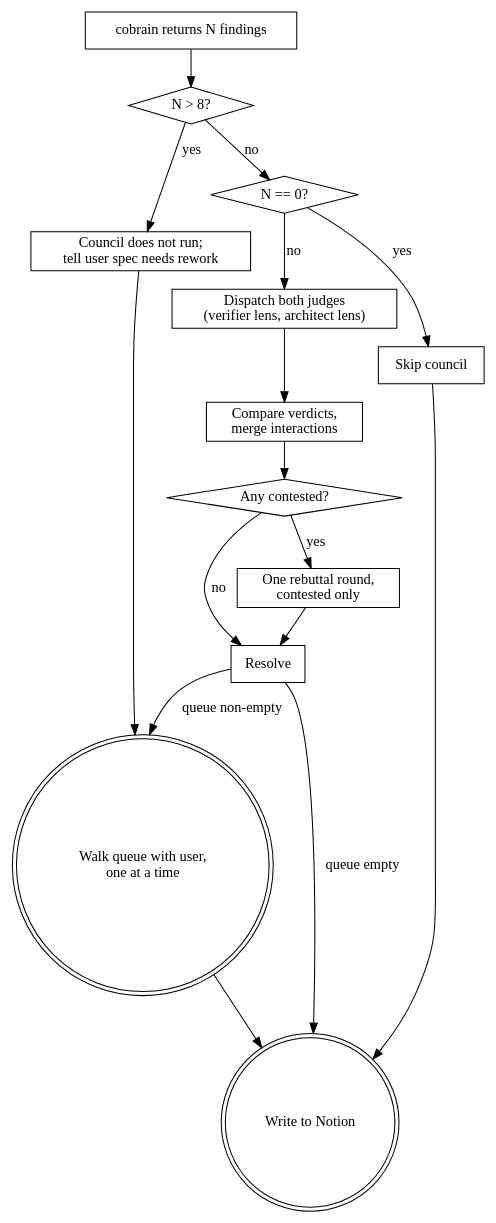
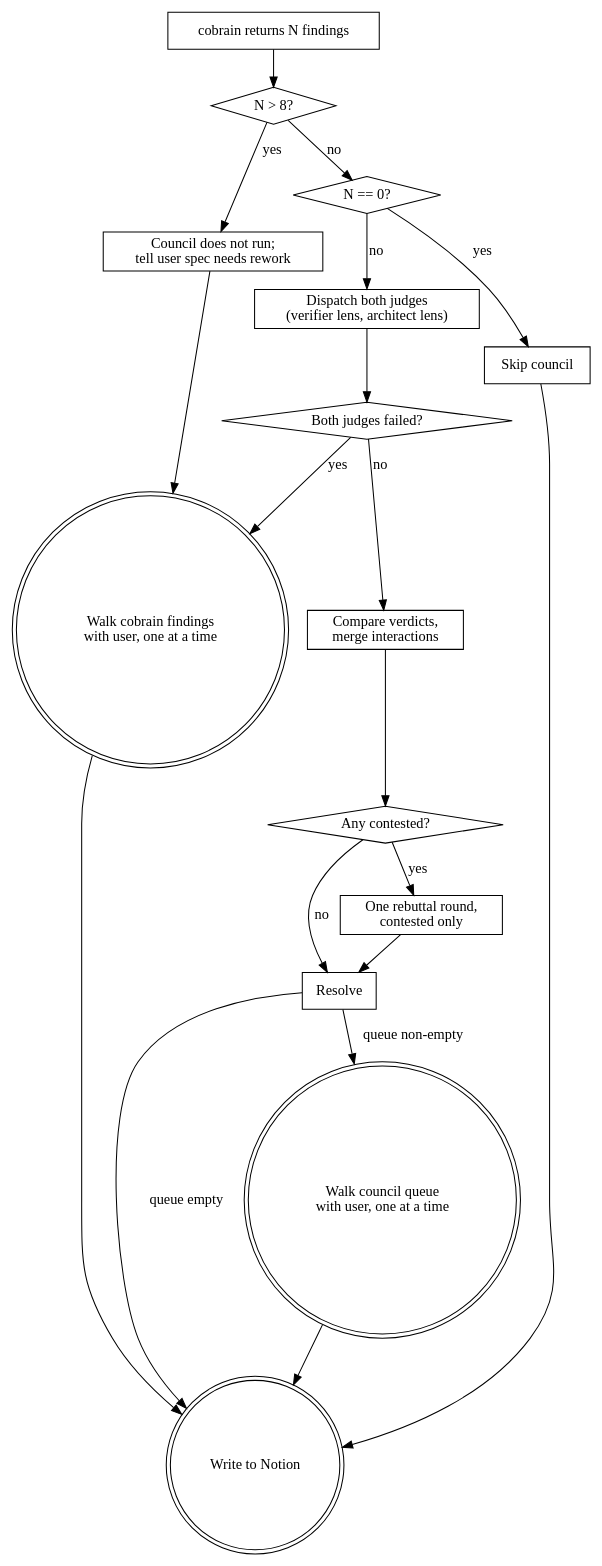
Before and after one commit to konvoulgaris/soong: the diagram in docs/superpowers/specs/2026-08-27-adversarial-council-design.md, drawn with Graphviz. The commit also changed other lines of this file, not shown here.

First line of the commit message:
docs(architect): close spec review gaps in adversarial-council

````diff
--- a/docs/superpowers/specs/2026-08-27-adversarial-council-design.md
+++ b/docs/superpowers/specs/2026-08-27-adversarial-council-design.md
@@ -339,32 +396,37 @@
 ```dot
 digraph council {
     "cobrain returns N findings" [shape=box];
     "N > 8?" [shape=diamond];
     "Council does not run;\ntell user spec needs rework" [shape=box];
     "N == 0?" [shape=diamond];
     "Skip council" [shape=box];
     "Dispatch both judges\n(verifier lens, architect lens)" [shape=box];
+    "Both judges failed?" [shape=diamond];
     "Compare verdicts,\nmerge interactions" [shape=box];
     "Any contested?" [shape=diamond];
     "One rebuttal round,\ncontested only" [shape=box];
     "Resolve" [shape=box];
-    "Walk queue with user,\none at a time" [shape=doublecircle];
+    "Walk cobrain findings\nwith user, one at a time" [shape=doublecircle];
+    "Walk council queue\nwith user, one at a time" [shape=doublecircle];
     "Write to Notion" [shape=doublecircle];
 
     "cobrain returns N findings" -> "N > 8?";
     "N > 8?" -> "Council does not run;\ntell user spec needs rework" [label="yes"];
-    "Council does not run;\ntell user spec needs rework" -> "Walk queue with user,\none at a time";
+    "Council does not run;\ntell user spec needs rework" -> "Walk cobrain findings\nwith user, one at a time";
     "N > 8?" -> "N == 0?" [label="no"];
     "N == 0?" -> "Skip council" [label="yes"];
     "Skip council" -> "Write to Notion";
     "N == 0?" -> "Dispatch both judges\n(verifier lens, architect lens)" [label="no"];
-    "Dispatch both judges\n(verifier lens, architect lens)" -> "Compare verdicts,\nmerge interactions";
+    "Dispatch both judges\n(verifier lens, architect lens)" -> "Both judges failed?";
+    "Both judges failed?" -> "Walk cobrain findings\nwith user, one at a time" [label="yes"];
+    "Both judges failed?" -> "Compare verdicts,\nmerge interactions" [label="no"];
     "Compare verdicts,\nmerge interactions" -> "Any contested?";
     "Any contested?" -> "One rebuttal round,\ncontested only" [label="yes"];
     "One rebuttal round,\ncontested only" -> "Resolve";
     "Any contested?" -> "Resolve" [label="no"];
-    "Resolve" -> "Walk queue with user,\none at a time" [label="queue non-empty"];
+    "Resolve" -> "Walk council queue\nwith user, one at a time" [label="queue non-empty"];
     "Resolve" -> "Write to Notion" [label="queue empty"];
-    "Walk queue with user,\none at a time" -> "Write to Notion";
+    "Walk cobrain findings\nwith user, one at a time" -> "Write to Notion";
+    "Walk council queue\nwith user, one at a time" -> "Write to Notion";
 }
 ```
````
